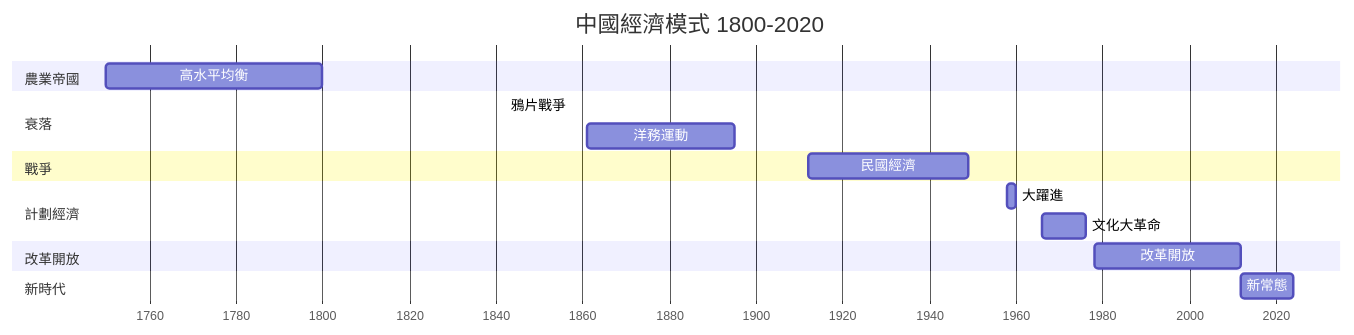
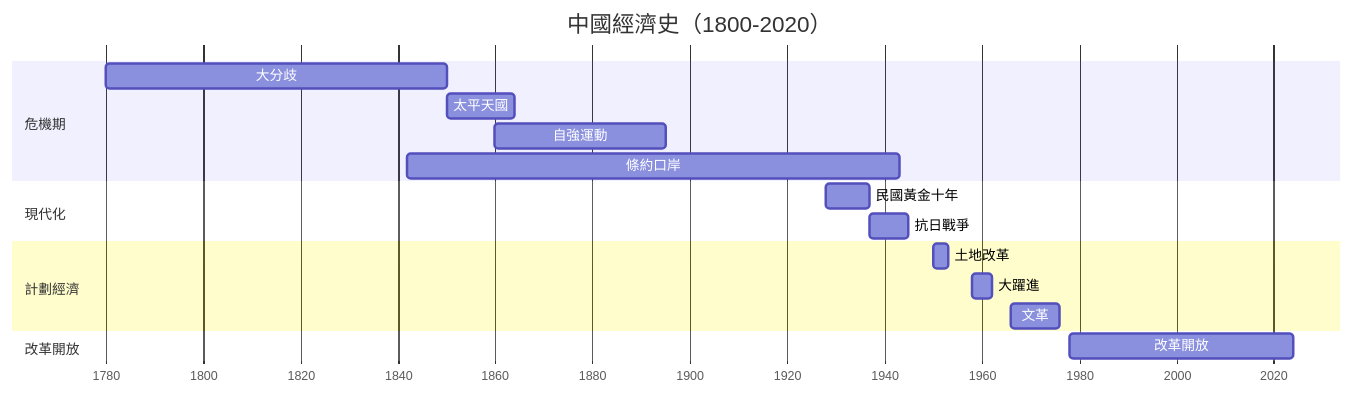
The sixth of 10 diagrams in 01_HKU_Courses/HIST2177_Economic_history_of_modern_China.md (yip-lgtm/HKU-Harvard-History-Self-Study), drawn with Mermaid before and after one commit. The commit also changed other lines of this file and 7 other files, not shown here.

````diff
--- a/01_HKU_Courses/HIST2177_Economic_history_of_modern_China.md
+++ b/01_HKU_Courses/HIST2177_Economic_history_of_modern_China.md
@@ -121,20 +273,20 @@
 ```mermaid
 gantt
-    title 中國經濟模式 1800-2020
+    title 中國經濟史（1800-2020）
     dateFormat  YYYY
     axisFormat  %Y
-    section 農業帝國
-    高水平均衡    :1750, 1800
-    section 衰落
-    鴉片戰爭    :1842, 1842
-    洋務運動    :1861, 1895
-    section 戰爭
-    民國經濟    :1912, 1949
+    section 危機期
+    大分歧    :1780, 1850
+    太平天國    :1850, 1864
+    自強運動    :1860, 1895
+    條約口岸    :1842, 1943
+    section 現代化
+    民國黃金十年    :1928, 1937
+    抗日戰爭    :1937, 1945
     section 計劃經濟
-    大躍進    :1958, 1960
-    文化大革命    :1966, 1976
+    土地改革    :1950, 1953
+    大躍進    :1958, 1962
+    文革    :1966, 1976
     section 改革開放
-    改革開放    :1978, 2012
-    section 新時代
-    新常態    :2012, 2024
+    改革開放    :1978, 2024
 ```
````
